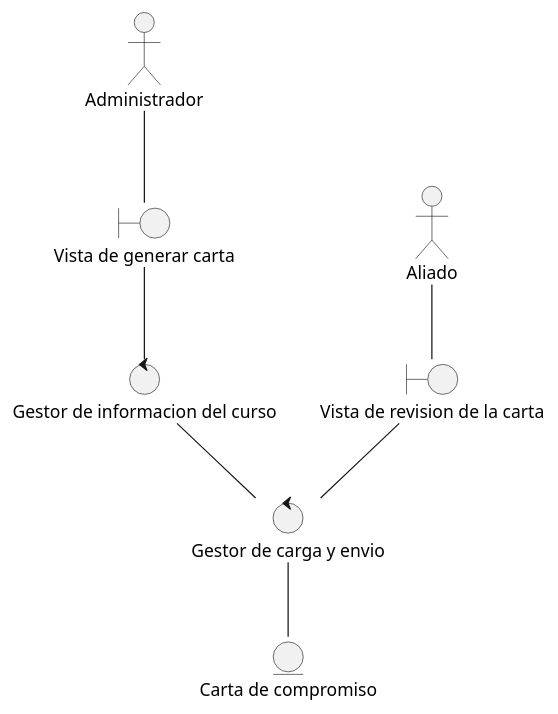
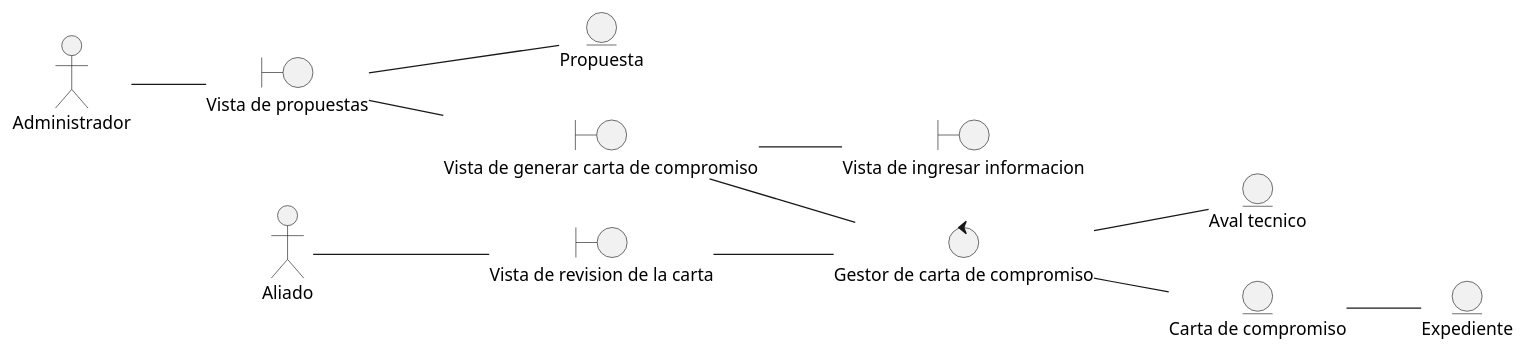
The diagram in docs/scenariosView/DisciplinaDeAnalisisDiagramaDeClaseGenerarCartaCompromiso.plantuml (Samantha-Ramirez/ProyectoEquipo7ING), drawn with PlantUML before and after one commit. The commit also changed 26 other files, not shown here.

Commit message:
Diagramas de clases de analisis y paquetes 2906

```diff
--- a/docs/scenariosView/DisciplinaDeAnalisisDiagramaDeClaseGenerarCartaCompromiso.plantuml
+++ b/docs/scenariosView/DisciplinaDeAnalisisDiagramaDeClaseGenerarCartaCompromiso.plantuml
@@ -1,20 +1,33 @@
 @startuml DisciplinaDeAnalisisDiagramaDeClaseGenerarCartaCompromiso
-actor "Administrador" as actorAdministrador
+left to right direction
+
+actor "Administrador" as actorAdmin
 actor "Aliado" as actorAliado
 
-entity "Carta de compromiso" as entidadCartaDeCompromiso
 
-boundary "Vista de generar carta" as vistaGenerarCartaDeCompromiso
+entity "Propuesta" as entidadPropuesta
+entity "Aval tecnico" as entidadAval
+entity "Expediente" as entidadExpediente
+entity "Carta de compromiso" as entidadCartaCompromiso
+
+boundary "Vista de propuestas" as vistaPropuestas
+boundary "Vista de generar carta de compromiso" as vistaGenerarCartaDeCompromiso
+boundary "Vista de ingresar informacion" as vistaIngresarInformacion
 boundary "Vista de revision de la carta" as vistaRevisionCartaDeCompromiso
 
-control "Gestor de informacion del curso" as ctrlGestorInformacionCurso
-control "Gestor de carga y envio" as ctrlGestorCargaYEnvio
 
-actorAdministrador -- vistaGenerarCartaDeCompromiso
+control "Gestor de carta de compromiso" as ctrlGestorCartaCompromiso
+
+actorAdmin -- vistaPropuestas
+vistaPropuestas -- entidadPropuesta
+vistaPropuestas -- vistaGenerarCartaDeCompromiso
+vistaGenerarCartaDeCompromiso -- ctrlGestorCartaCompromiso
+
+vistaGenerarCartaDeCompromiso -- vistaIngresarInformacion
+ctrlGestorCartaCompromiso -- entidadCartaCompromiso 
+entidadCartaCompromiso -- entidadExpediente
+ctrlGestorCartaCompromiso -- entidadAval
+
 actorAliado -- vistaRevisionCartaDeCompromiso
-vistaRevisionCartaDeCompromiso -- ctrlGestorCargaYEnvio
-vistaGenerarCartaDeCompromiso -- ctrlGestorInformacionCurso
-ctrlGestorInformacionCurso -- ctrlGestorCargaYEnvio
-ctrlGestorCargaYEnvio -- entidadCartaDeCompromiso
-
+vistaRevisionCartaDeCompromiso -- ctrlGestorCartaCompromiso
 @enduml
```
